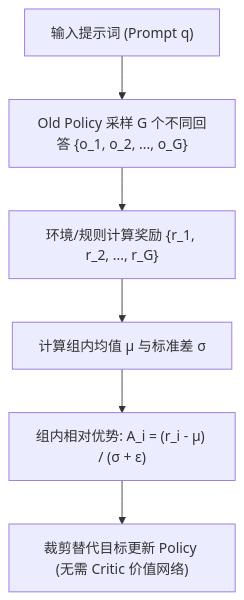
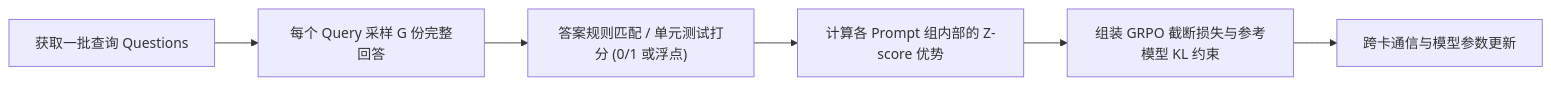
Before and after one commit to hsthanb4/hpclearning: the first of 2 diagrams in rl/lesson11_grpo.qmd, drawn with Mermaid. The commit also changed other lines of this file and 205 other files, not shown here.

````diff
--- a/rl/lesson11_grpo.qmd
+++ b/rl/lesson11_grpo.qmd
@@ -31,8 +39,8 @@
-```{mermaid}
-flowchart TD
-    Prompt["输入提示词 (Prompt q)"] --> Sampling["Old Policy 采样 G 个不同回答 {o_1, o_2, ..., o_G}"]
-    Sampling --> Reward["环境/规则计算奖励 {r_1, r_2, ..., r_G}"]
-    Reward --> Stats["计算组内均值 μ 与标准差 σ"]
-    Stats --> NormAdv["组内相对优势: A_i = (r_i - μ) / (σ + ε)"]
-    NormAdv --> Loss["裁剪替代目标更新 Policy (无需 Critic 价值网络)"]
+```mermaid
+flowchart LR
+    BatchQ["获取一批查询 Questions"] --> Rollout["每个 Query 采样 G 份完整回答"]
+    Rollout --> Eval["答案规则匹配 / 单元测试打分 (0/1 或浮点)"]
+    Eval --> Norm["计算各 Prompt 组内部的 Z-score 优势"]
+    Norm --> Loss["组装 GRPO 截断损失与参考模型 KL 约束"]
+    Loss --> Grad["跨卡通信与模型参数更新"]
 ```
````
